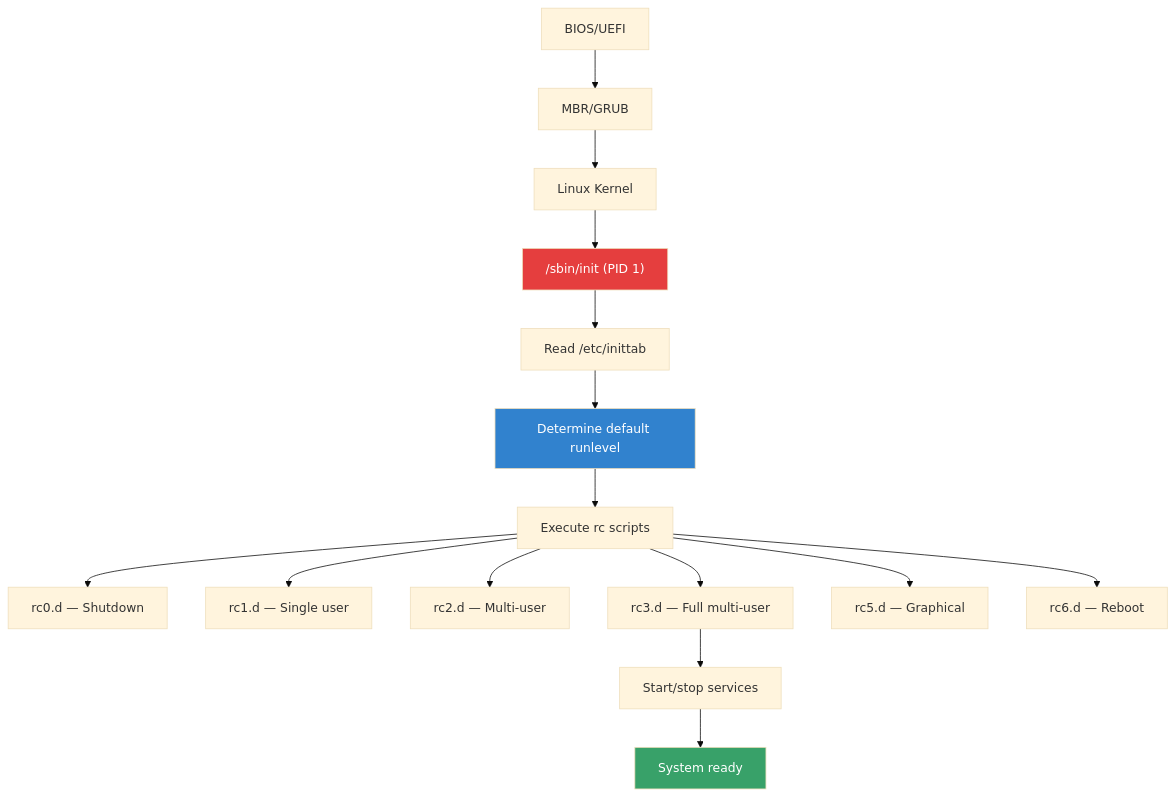
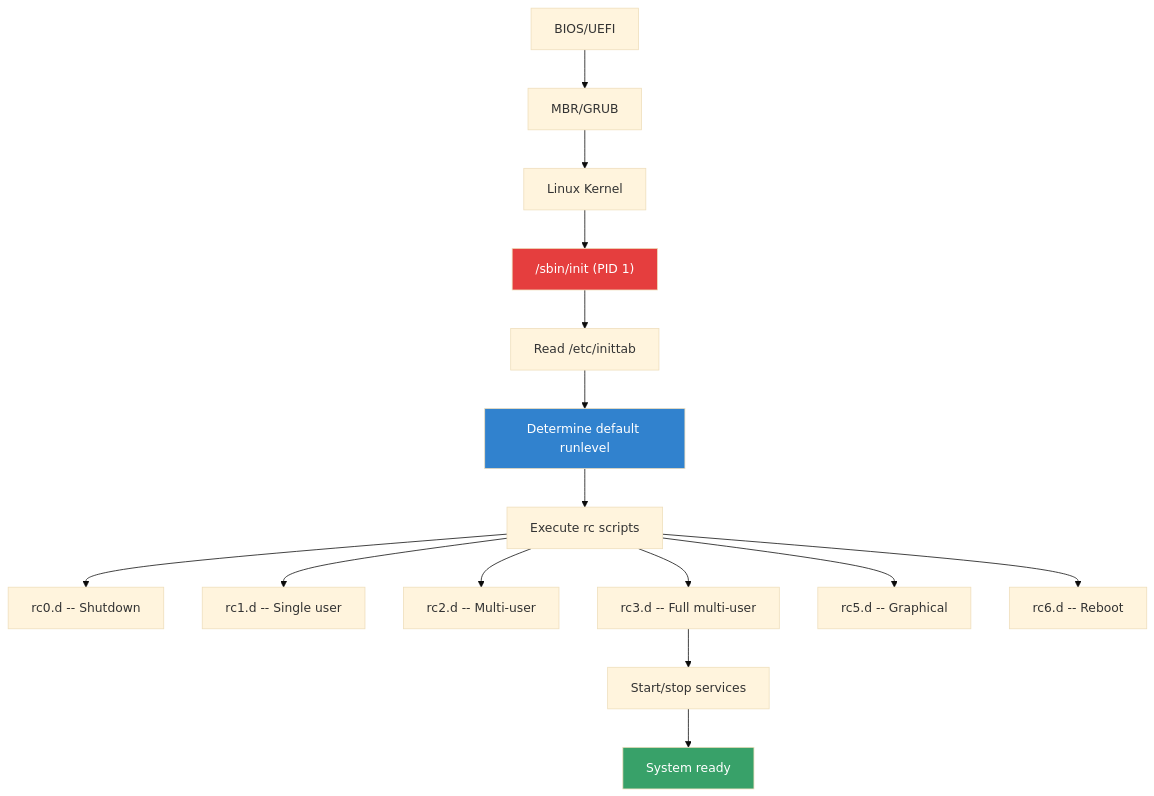
Before and after one commit to Abhinav-Kumar012/lb2: the diagram in src/admin/sysvinit.md, drawn with Mermaid (base theme). The commit also changed 211 other files, not shown here.

First line of the commit message:
fix: mermaid syntax issues across 212 files

````diff
--- a/src/admin/sysvinit.md
+++ b/src/admin/sysvinit.md
@@ -19,21 +19,21 @@
 ```mermaid
 graph TD
     BIOS["BIOS/UEFI"] --> MBR["MBR/GRUB"]
     MBR --> Kernel["Linux Kernel"]
     Kernel --> Init["/sbin/init (PID 1)"]
     Init --> Inittab["Read /etc/inittab"]
     Inittab --> DefaultRL["Determine default runlevel"]
     DefaultRL --> RC["Execute rc scripts"]
-    RC --> RC0["rc0.d — Shutdown"]
-    RC --> RC1["rc1.d — Single user"]
-    RC --> RC2["rc2.d — Multi-user"]
-    RC --> RC3["rc3.d — Full multi-user"]
-    RC --> RC5["rc5.d — Graphical"]
-    RC --> RC6["rc6.d — Reboot"]
+    RC --> RC0["rc0.d -- Shutdown"]
+    RC --> RC1["rc1.d -- Single user"]
+    RC --> RC2["rc2.d -- Multi-user"]
+    RC --> RC3["rc3.d -- Full multi-user"]
+    RC --> RC5["rc5.d -- Graphical"]
+    RC --> RC6["rc6.d -- Reboot"]
     RC3 --> Services["Start/stop services"]
     Services --> Done["System ready"]
     
     style Init fill:#e53e3e,color:#fff
     style DefaultRL fill:#3182ce,color:#fff
     style Done fill:#38a169,color:#fff
 ```
````
